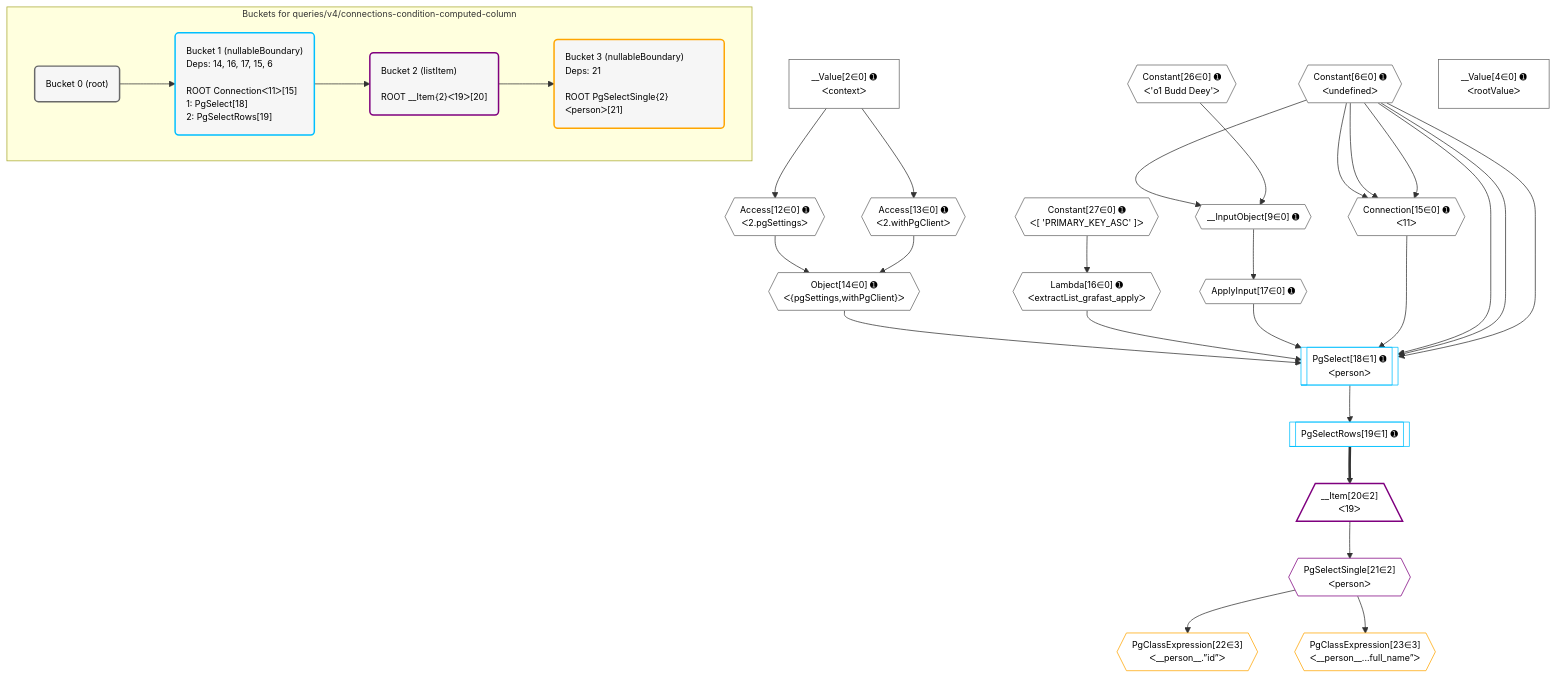
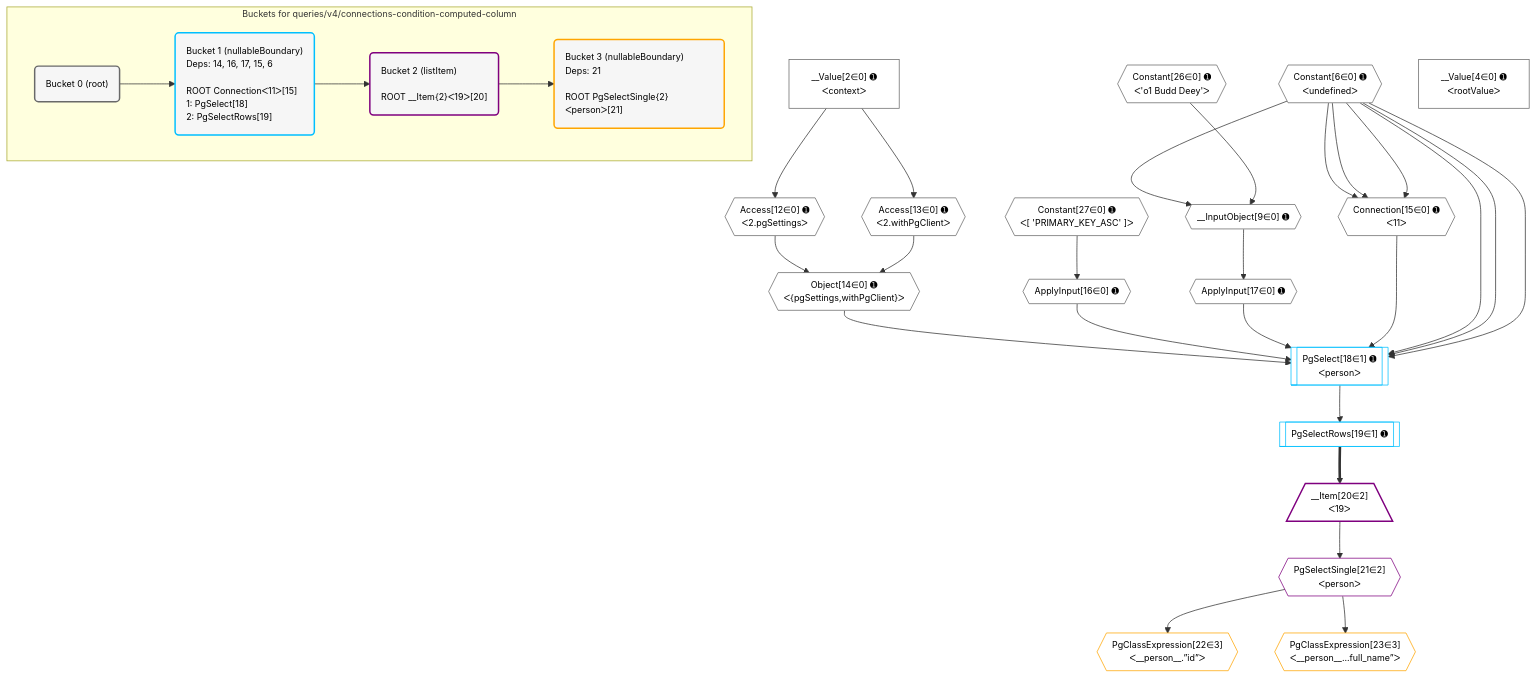
One commit to graphile/crystal changed the diagram in postgraphile/postgraphile/__tests__/queries/v4/connections-condition-computed-column.mermaid. Above: the diagram before and after it, drawn with Mermaid. The commit also changed 162 other files, not shown here.

Commit message:
Update plan diagrams now that extractEnumExtensionValue has been removed

```diff
--- a/postgraphile/postgraphile/__tests__/queries/v4/connections-condition-computed-column.mermaid
+++ b/postgraphile/postgraphile/__tests__/queries/v4/connections-condition-computed-column.mermaid
@@ -1,62 +1,62 @@
 %%{init: {'themeVariables': { 'fontSize': '12px'}}}%%
 graph TD
     classDef path fill:#eee,stroke:#000,color:#000
     classDef plan fill:#fff,stroke-width:1px,color:#000
     classDef itemplan fill:#fff,stroke-width:2px,color:#000
     classDef unbatchedplan fill:#dff,stroke-width:1px,color:#000
     classDef sideeffectplan fill:#fcc,stroke-width:2px,color:#000
     classDef bucket fill:#f6f6f6,color:#000,stroke-width:2px,text-align:left
 
 
     %% plan dependencies
     Connection15{{"Connection[15∈0] ➊<br />ᐸ11ᐳ"}}:::plan
     Constant6{{"Constant[6∈0] ➊<br />ᐸundefinedᐳ"}}:::plan
     Constant6 & Constant6 & Constant6 --> Connection15
     __InputObject9{{"__InputObject[9∈0] ➊"}}:::plan
     Constant26{{"Constant[26∈0] ➊<br />ᐸ'o1 Budd Deey'ᐳ"}}:::plan
     Constant6 & Constant26 --> __InputObject9
     Object14{{"Object[14∈0] ➊<br />ᐸ{pgSettings,withPgClient}ᐳ"}}:::plan
     Access12{{"Access[12∈0] ➊<br />ᐸ2.pgSettingsᐳ"}}:::plan
     Access13{{"Access[13∈0] ➊<br />ᐸ2.withPgClientᐳ"}}:::plan
     Access12 & Access13 --> Object14
     __Value2["__Value[2∈0] ➊<br />ᐸcontextᐳ"]:::plan
     __Value2 --> Access12
     __Value2 --> Access13
-    Lambda16{{"Lambda[16∈0] ➊<br />ᐸextractList_grafast_applyᐳ"}}:::plan
+    ApplyInput16{{"ApplyInput[16∈0] ➊"}}:::plan
     Constant27{{"Constant[27∈0] ➊<br />ᐸ[ 'PRIMARY_KEY_ASC' ]ᐳ"}}:::plan
-    Constant27 --> Lambda16
+    Constant27 --> ApplyInput16
     ApplyInput17{{"ApplyInput[17∈0] ➊"}}:::plan
     __InputObject9 --> ApplyInput17
     __Value4["__Value[4∈0] ➊<br />ᐸrootValueᐳ"]:::plan
     PgSelect18[["PgSelect[18∈1] ➊<br />ᐸpersonᐳ"]]:::plan
-    Object14 & Lambda16 & ApplyInput17 & Connection15 & Constant6 & Constant6 & Constant6 --> PgSelect18
+    Object14 & ApplyInput16 & ApplyInput17 & Connection15 & Constant6 & Constant6 & Constant6 --> PgSelect18
     PgSelectRows19[["PgSelectRows[19∈1] ➊"]]:::plan
     PgSelect18 --> PgSelectRows19
     __Item20[/"__Item[20∈2]<br />ᐸ19ᐳ"\]:::itemplan
     PgSelectRows19 ==> __Item20
     PgSelectSingle21{{"PgSelectSingle[21∈2]<br />ᐸpersonᐳ"}}:::plan
     __Item20 --> PgSelectSingle21
     PgClassExpression22{{"PgClassExpression[22∈3]<br />ᐸ__person__.”id”ᐳ"}}:::plan
     PgSelectSingle21 --> PgClassExpression22
     PgClassExpression23{{"PgClassExpression[23∈3]<br />ᐸ__person__...full_name”ᐳ"}}:::plan
     PgSelectSingle21 --> PgClassExpression23
 
     %% define steps
 
     subgraph "Buckets for queries/v4/connections-condition-computed-column"
     Bucket0("Bucket 0 (root)"):::bucket
     classDef bucket0 stroke:#696969
-    class Bucket0,__Value2,__Value4,Constant6,__InputObject9,Access12,Access13,Object14,Connection15,Lambda16,ApplyInput17,Constant26,Constant27 bucket0
+    class Bucket0,__Value2,__Value4,Constant6,__InputObject9,Access12,Access13,Object14,Connection15,ApplyInput16,ApplyInput17,Constant26,Constant27 bucket0
     Bucket1("Bucket 1 (nullableBoundary)<br />Deps: 14, 16, 17, 15, 6<br /><br />ROOT Connectionᐸ11ᐳ[15]<br />1: PgSelect[18]<br />2: PgSelectRows[19]"):::bucket
     classDef bucket1 stroke:#00bfff
     class Bucket1,PgSelect18,PgSelectRows19 bucket1
     Bucket2("Bucket 2 (listItem)<br /><br />ROOT __Item{2}ᐸ19ᐳ[20]"):::bucket
     classDef bucket2 stroke:#7f007f
     class Bucket2,__Item20,PgSelectSingle21 bucket2
     Bucket3("Bucket 3 (nullableBoundary)<br />Deps: 21<br /><br />ROOT PgSelectSingle{2}ᐸpersonᐳ[21]"):::bucket
     classDef bucket3 stroke:#ffa500
     class Bucket3,PgClassExpression22,PgClassExpression23 bucket3
     Bucket0 --> Bucket1
     Bucket1 --> Bucket2
     Bucket2 --> Bucket3
     end
```
